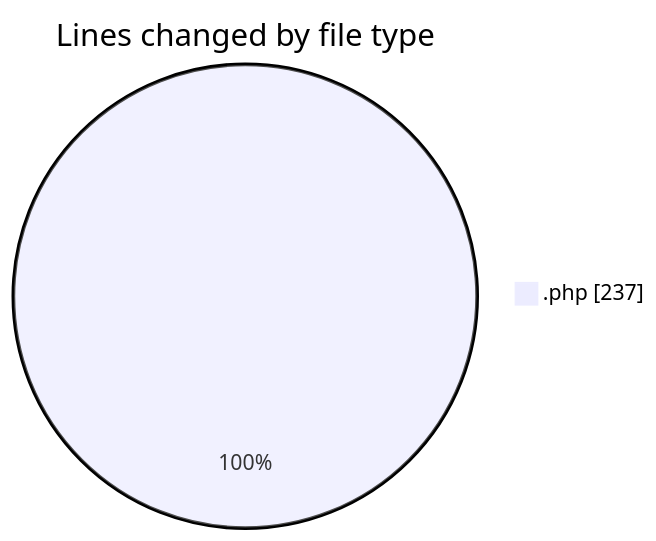
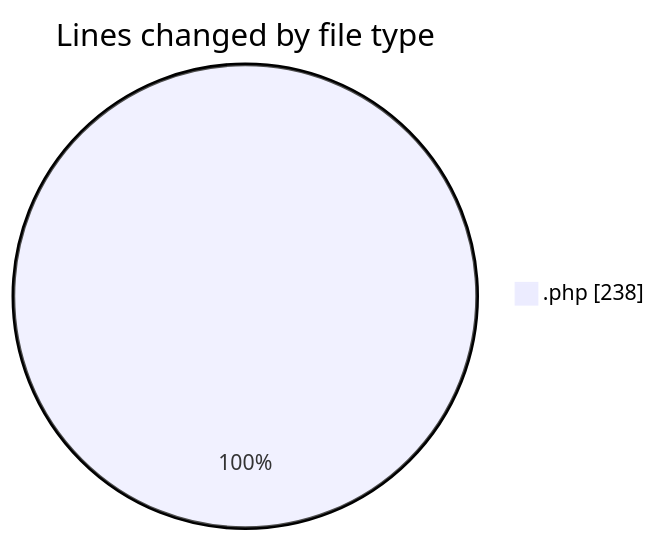
Before and after one commit to LanceThiago/code-tracking: the first of 2 diagrams in 2025-01-24/web/README.md, drawn with Mermaid. The commit also changed other lines of this file and 1 other file, not shown here.

````diff
--- a/2025-01-24/web/README.md
+++ b/2025-01-24/web/README.md
@@ -20,5 +20,5 @@
 ```mermaid
 pie showData
 title Lines changed by file type
-".php" : 237
+".php" : 238
 ```
````
